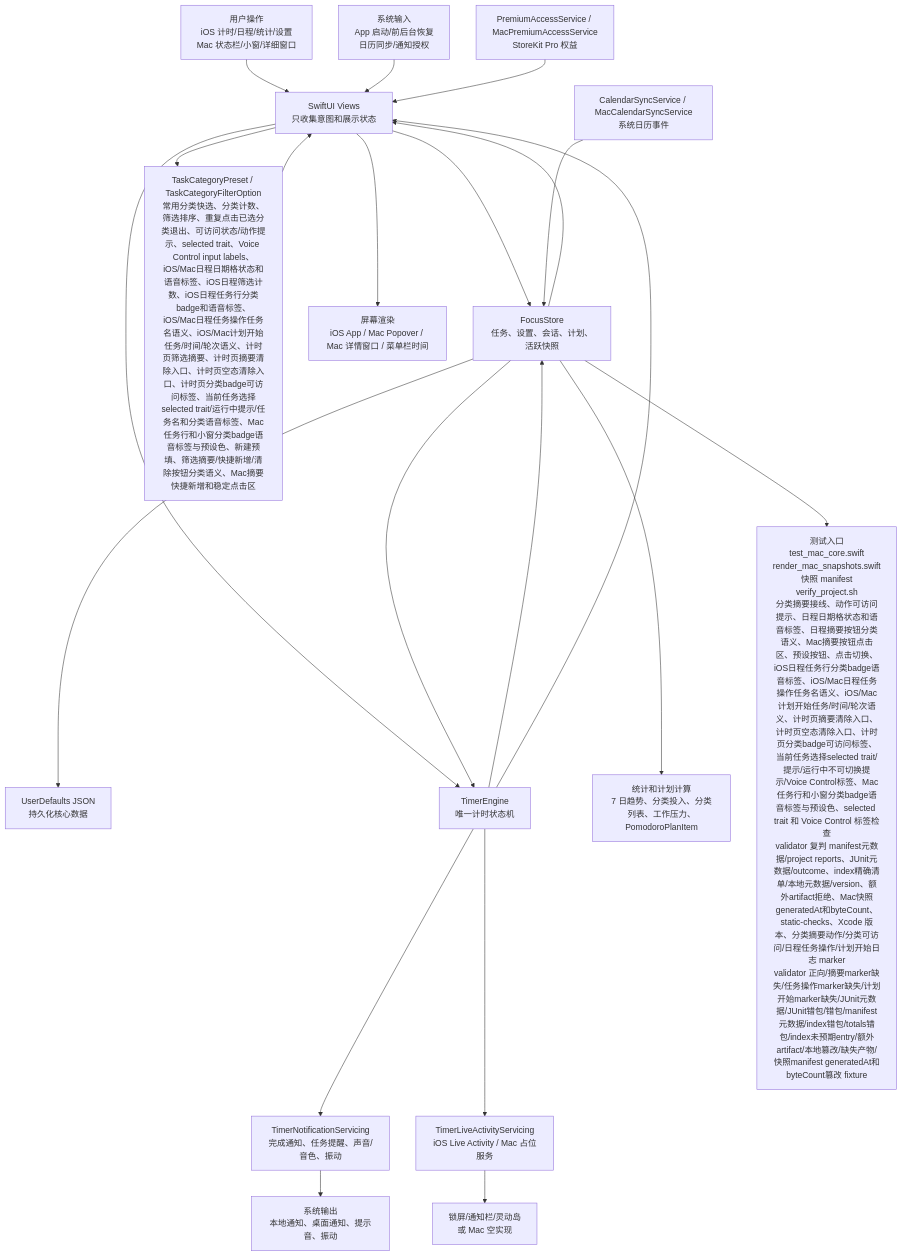
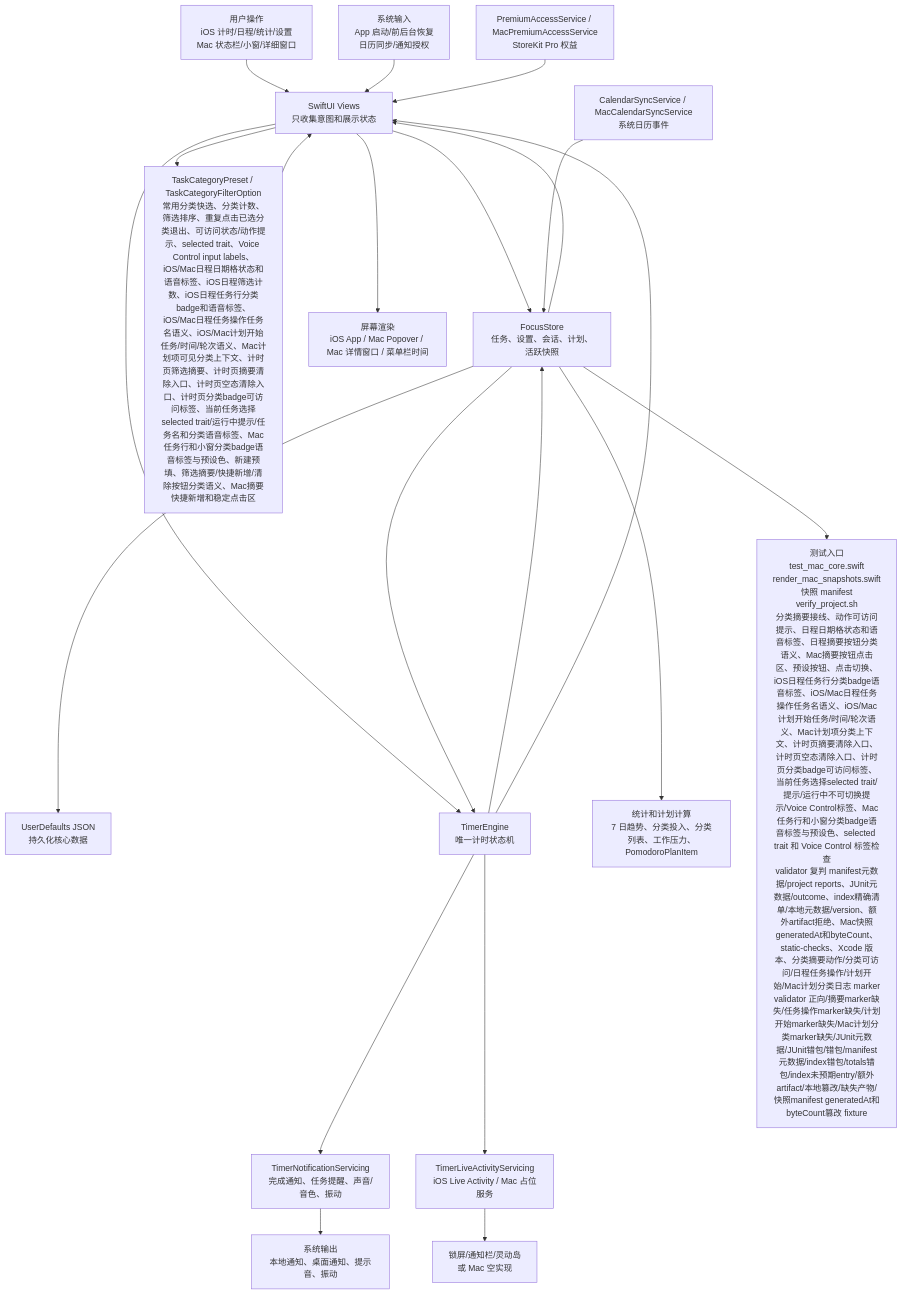
Before and after one commit to Altman-sam114/114: the first of 6 diagrams in md/flow/flowchart.md, drawn with Mermaid. The commit also changed other lines of this file and 8 other files, not shown here.

````diff
--- a/md/flow/flowchart.md
+++ b/md/flow/flowchart.md
@@ -9,23 +9,23 @@
 ```mermaid
 flowchart TD
   U["用户操作<br/>iOS 计时/日程/统计/设置<br/>Mac 状态栏/小窗/详细窗口"] --> V["SwiftUI Views<br/>只收集意图和展示状态"]
   SYS["系统输入<br/>App 启动/前后台恢复<br/>日历同步/通知授权"] --> V
   V --> S["FocusStore<br/>任务、设置、会话、计划、活跃快照"]
-  V --> CAT["TaskCategoryPreset / TaskCategoryFilterOption<br/>常用分类快选、分类计数、筛选排序、重复点击已选分类退出、可访问状态/动作提示、selected trait、Voice Control input labels、iOS/Mac日程日期格状态和语音标签、iOS日程筛选计数、iOS日程任务行分类badge和语音标签、iOS/Mac日程任务操作任务名语义、iOS/Mac计划开始任务/时间/轮次语义、计时页筛选摘要、计时页摘要清除入口、计时页空态清除入口、计时页分类badge可访问标签、当前任务选择selected trait/运行中提示/任务名和分类语音标签、Mac任务行和小窗分类badge语音标签与预设色、新建预填、筛选摘要/快捷新增/清除按钮分类语义、Mac摘要快捷新增和稳定点击区"]
+  V --> CAT["TaskCategoryPreset / TaskCategoryFilterOption<br/>常用分类快选、分类计数、筛选排序、重复点击已选分类退出、可访问状态/动作提示、selected trait、Voice Control input labels、iOS/Mac日程日期格状态和语音标签、iOS日程筛选计数、iOS日程任务行分类badge和语音标签、iOS/Mac日程任务操作任务名语义、iOS/Mac计划开始任务/时间/轮次语义、Mac计划项可见分类上下文、计时页筛选摘要、计时页摘要清除入口、计时页空态清除入口、计时页分类badge可访问标签、当前任务选择selected trait/运行中提示/任务名和分类语音标签、Mac任务行和小窗分类badge语音标签与预设色、新建预填、筛选摘要/快捷新增/清除按钮分类语义、Mac摘要快捷新增和稳定点击区"]
   CAT --> V
   S --> P["UserDefaults JSON<br/>持久化核心数据"]
   V --> E["TimerEngine<br/>唯一计时状态机"]
   S --> E
   E --> S
   E --> N["TimerNotificationServicing<br/>完成通知、任务提醒、声音/音色、振动"]
   E --> L["TimerLiveActivityServicing<br/>iOS Live Activity / Mac 占位服务"]
   S --> C["统计和计划计算<br/>7 日趋势、分类投入、分类列表、工作压力、PomodoroPlanItem"]
   CAL["CalendarSyncService / MacCalendarSyncService<br/>系统日历事件"] --> S
   PRO["PremiumAccessService / MacPremiumAccessService<br/>StoreKit Pro 权益"] --> V
   S --> V
   E --> V
   V --> OUT["屏幕渲染<br/>iOS App / Mac Popover / Mac 详情窗口 / 菜单栏时间"]
   N --> OUT2["系统输出<br/>本地通知、桌面通知、提示音、振动"]
   L --> OUT3["锁屏/通知栏/灵动岛<br/>或 Mac 空实现"]
-  S --> T["测试入口<br/>test_mac_core.swift<br/>render_mac_snapshots.swift<br/>快照 manifest<br/>verify_project.sh<br/>分类摘要接线、动作可访问提示、日程日期格状态和语音标签、日程摘要按钮分类语义、Mac摘要按钮点击区、预设按钮、点击切换、iOS日程任务行分类badge语音标签、iOS/Mac日程任务操作任务名语义、iOS/Mac计划开始任务/时间/轮次语义、计时页摘要清除入口、计时页空态清除入口、计时页分类badge可访问标签、当前任务选择selected trait/提示/运行中不可切换提示/Voice Control标签、Mac任务行和小窗分类badge语音标签与预设色、selected trait 和 Voice Control 标签检查<br/>validator 复判 manifest元数据/project reports、JUnit元数据/outcome、index精确清单/本地元数据/version、额外artifact拒绝、Mac快照generatedAt和byteCount、static-checks、Xcode 版本、分类摘要动作/分类可访问/日程任务操作/计划开始日志 marker<br/>validator 正向/摘要marker缺失/任务操作marker缺失/计划开始marker缺失/JUnit元数据/JUnit错包/错包/manifest元数据/index错包/totals错包/index未预期entry/额外artifact/本地篡改/缺失产物/快照manifest generatedAt和byteCount篡改 fixture"]
+  S --> T["测试入口<br/>test_mac_core.swift<br/>render_mac_snapshots.swift<br/>快照 manifest<br/>verify_project.sh<br/>分类摘要接线、动作可访问提示、日程日期格状态和语音标签、日程摘要按钮分类语义、Mac摘要按钮点击区、预设按钮、点击切换、iOS日程任务行分类badge语音标签、iOS/Mac日程任务操作任务名语义、iOS/Mac计划开始任务/时间/轮次语义、Mac计划项分类上下文、计时页摘要清除入口、计时页空态清除入口、计时页分类badge可访问标签、当前任务选择selected trait/提示/运行中不可切换提示/Voice Control标签、Mac任务行和小窗分类badge语音标签与预设色、selected trait 和 Voice Control 标签检查<br/>validator 复判 manifest元数据/project reports、JUnit元数据/outcome、index精确清单/本地元数据/version、额外artifact拒绝、Mac快照generatedAt和byteCount、static-checks、Xcode 版本、分类摘要动作/分类可访问/日程任务操作/计划开始/Mac计划分类日志 marker<br/>validator 正向/摘要marker缺失/任务操作marker缺失/计划开始marker缺失/Mac计划分类marker缺失/JUnit元数据/JUnit错包/错包/manifest元数据/index错包/totals错包/index未预期entry/额外artifact/本地篡改/缺失产物/快照manifest generatedAt和byteCount篡改 fixture"]
 ```
````
